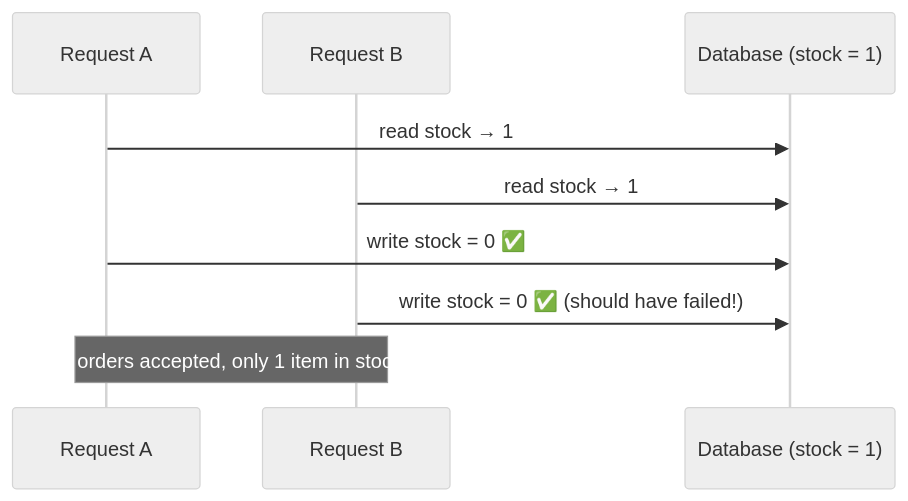
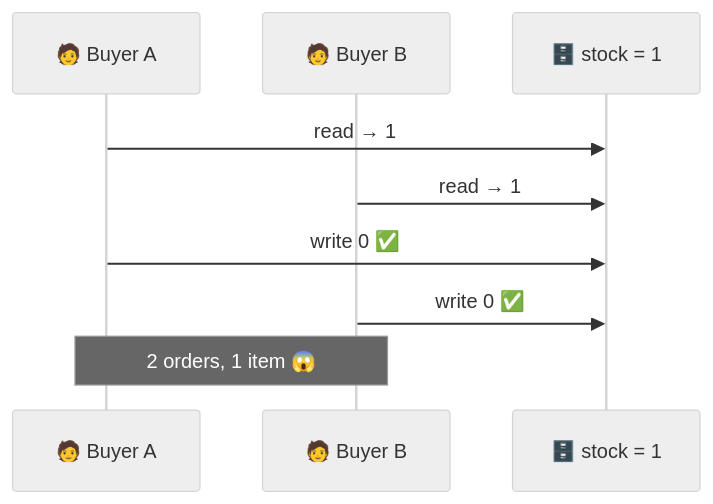
The first of 4 diagrams in 01-SmartStock-CLI-DB/README.md (sourajahan/OmniChain-FullStack-Roadmap), drawn with Mermaid (neutral theme) before and after one commit. The commit also changed other lines of this file, not shown here.

````diff
--- a/01-SmartStock-CLI-DB/README.md
+++ b/01-SmartStock-CLI-DB/README.md
@@ -43,11 +48,11 @@
 ```mermaid
 sequenceDiagram
-    participant A as Request A
-    participant B as Request B
-    participant DB as Database (stock = 1)
-    A->>DB: read stock → 1
-    B->>DB: read stock → 1
-    A->>DB: write stock = 0 ✅
-    B->>DB: write stock = 0 ✅ (should have failed!)
-    Note over A,B: 2 orders accepted, only 1 item in stock
+    participant A as 🧑 Buyer A
+    participant B as 🧑 Buyer B
+    participant DB as 🗄️ stock = 1
+    A->>DB: read → 1
+    B->>DB: read → 1
+    A->>DB: write 0 ✅
+    B->>DB: write 0 ✅
+    Note over A,B: 2 orders, 1 item 😱
 ```
````
